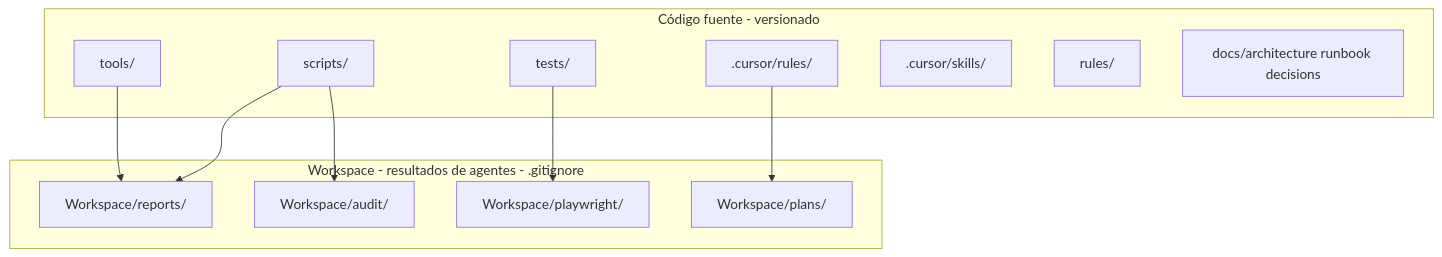
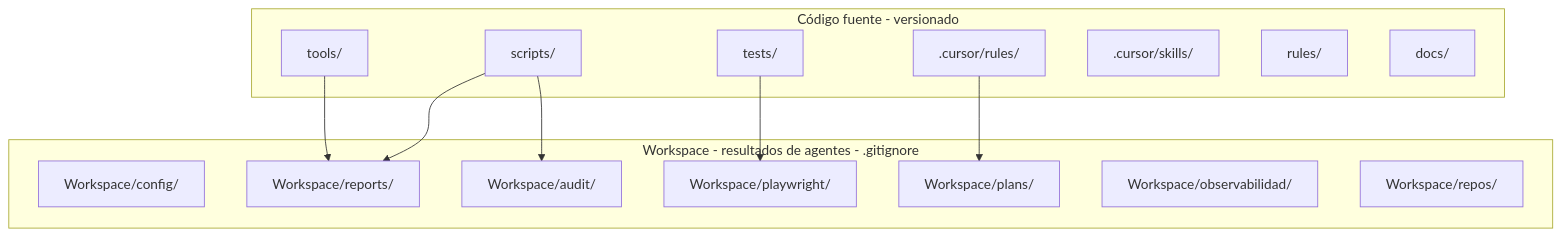
The diagram in docs/architecture/0-overview.md (CARLOSPATINOVELEZ19/prueba-agente-po), drawn with Mermaid before and after one commit. The commit also changed other lines of this file and 8 other files, not shown here.

````diff
--- a/docs/architecture/0-overview.md
+++ b/docs/architecture/0-overview.md
@@ -26,25 +29,28 @@
 ```mermaid
 flowchart TB
     subgraph source [Código fuente - versionado]
         tests[tests/]
         scripts[scripts/]
         tools[tools/]
         cursorRules[.cursor/rules/]
         cursorSkills[.cursor/skills/]
         rules[rules/]
-        docsSource["docs/architecture runbook decisions"]
+        docsSource["docs/"]
     end
 
     subgraph workspace [Workspace - resultados de agentes - .gitignore]
+        config[Workspace/config/]
         reports[Workspace/reports/]
         audit[Workspace/audit/]
         playwright[Workspace/playwright/]
         plans[Workspace/plans/]
+        observabilidad[Workspace/observabilidad/]
+        repos[Workspace/repos/]
     end
 
     scripts --> reports
     scripts --> audit
     tests --> playwright
     cursorRules --> plans
     tools --> reports
 ```
````
